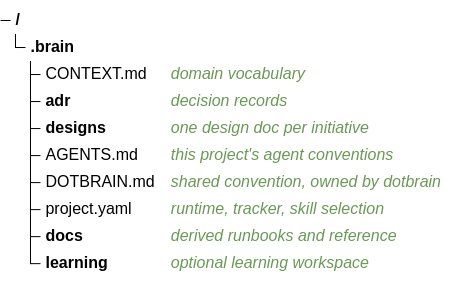
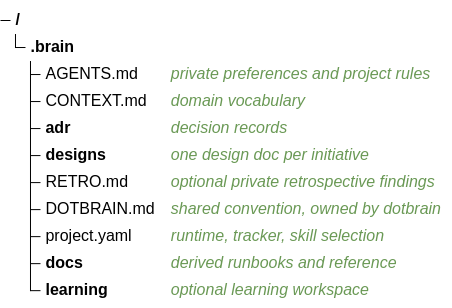
The second of 3 diagrams in docs/architecture.md (arminzou/dotbrain), drawn with Mermaid before and after one commit. The commit also changed other lines of this file and 71 other files, not shown here.

````diff
--- a/docs/architecture.md
+++ b/docs/architecture.md
@@ -64,13 +64,14 @@
 ```mermaid
 treeView-beta
   accTitle: The files and folders of a Brain
   .brain/
+    AGENTS.md ## private preferences and project rules
     CONTEXT.md ## domain vocabulary
     adr/ ## decision records
     designs/ ## one design doc per initiative
-    AGENTS.md ## this project's agent conventions
+    RETRO.md ## optional private retrospective findings
     DOTBRAIN.md ## shared convention, owned by dotbrain
     project.yaml ## runtime, tracker, skill selection
     docs/ ## derived runbooks and reference
     learning/ ## optional learning workspace
 ```
````
